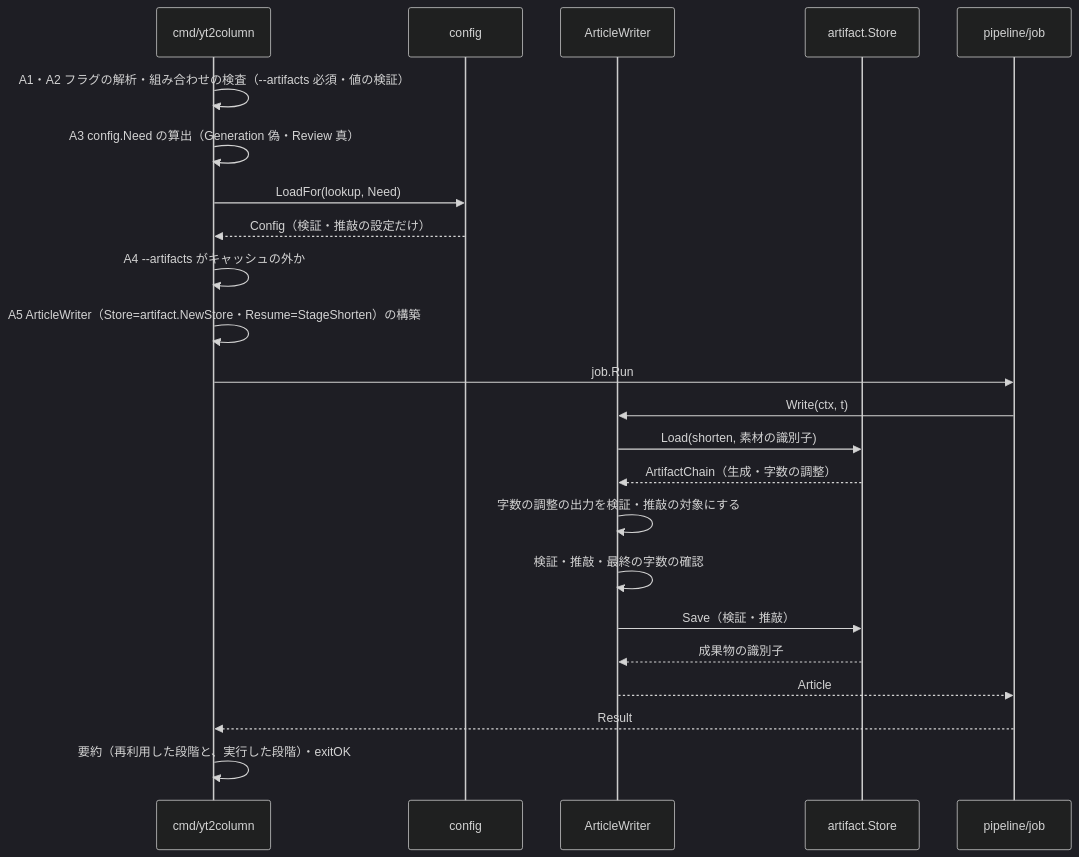
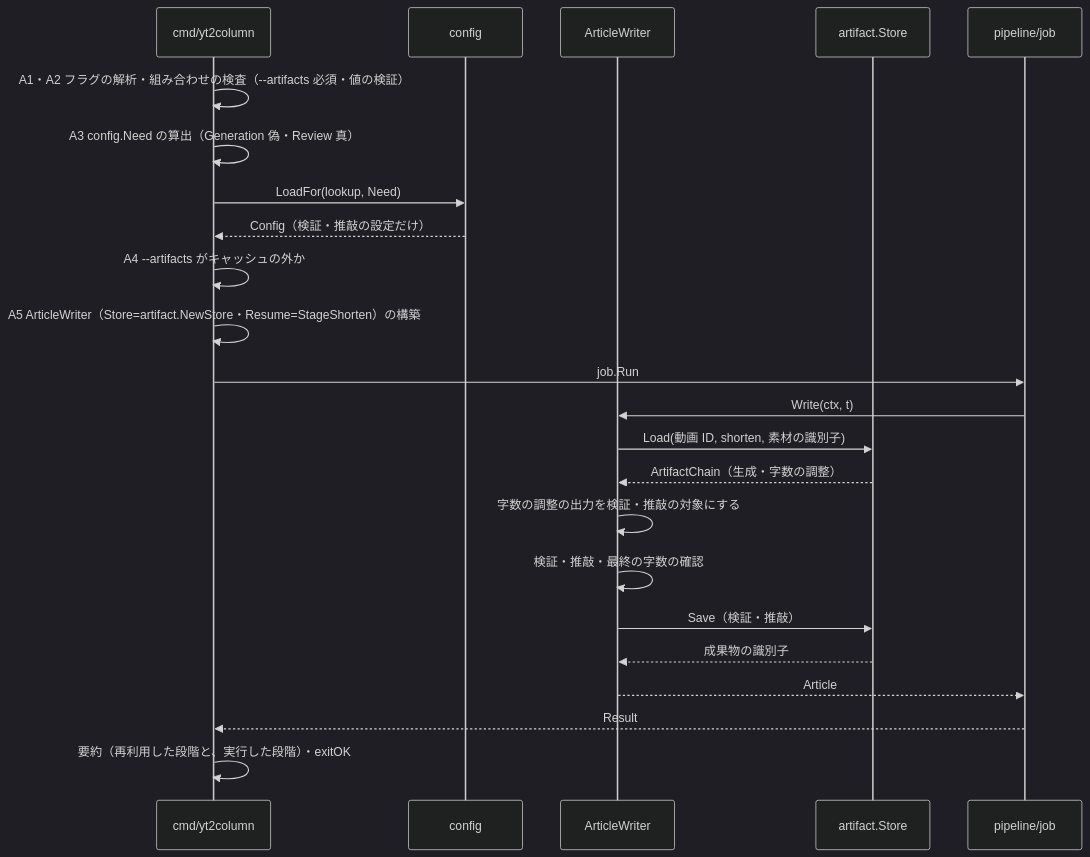
One commit to isseis/yt2column changed the tenth of 10 diagrams in docs/tasks/0017_intermediate_artifacts/02_architecture.md. Above: the diagram before and after it, drawn with Mermaid (dark theme). The commit also changed other lines of this file, not shown here.

First line of the commit message:
docs(0017): fix design defects found in review of the architecture

````diff
--- a/docs/tasks/0017_intermediate_artifacts/02_architecture.md
+++ b/docs/tasks/0017_intermediate_artifacts/02_architecture.md
@@ -760,26 +764,26 @@
 ```mermaid
 sequenceDiagram
     participant C as cmd/yt2column
     participant CFG as config
     participant W as ArticleWriter
     participant A as artifact.Store
     participant P as pipeline/job
 
     C->>C: A1・A2 フラグの解析・組み合わせの検査（--artifacts 必須・値の検証）
     C->>C: A3 config.Need の算出（Generation 偽・Review 真）
     C->>CFG: LoadFor(lookup, Need)
     CFG-->>C: Config（検証・推敲の設定だけ）
     C->>C: A4 --artifacts がキャッシュの外か
     C->>C: A5 ArticleWriter（Store=artifact.NewStore・Resume=StageShorten）の構築
     C->>P: job.Run
     P->>W: Write(ctx, t)
-    W->>A: Load(shorten, 素材の識別子)
+    W->>A: Load(動画 ID, shorten, 素材の識別子)
     A-->>W: ArtifactChain（生成・字数の調整）
     W->>W: 字数の調整の出力を検証・推敲の対象にする
     W->>W: 検証・推敲・最終の字数の確認
     W->>A: Save（検証・推敲）
     A-->>W: 成果物の識別子
     W-->>P: Article
     P-->>C: Result
     C->>C: 要約（再利用した段階と、実行した段階）・exitOK
 ```
````
